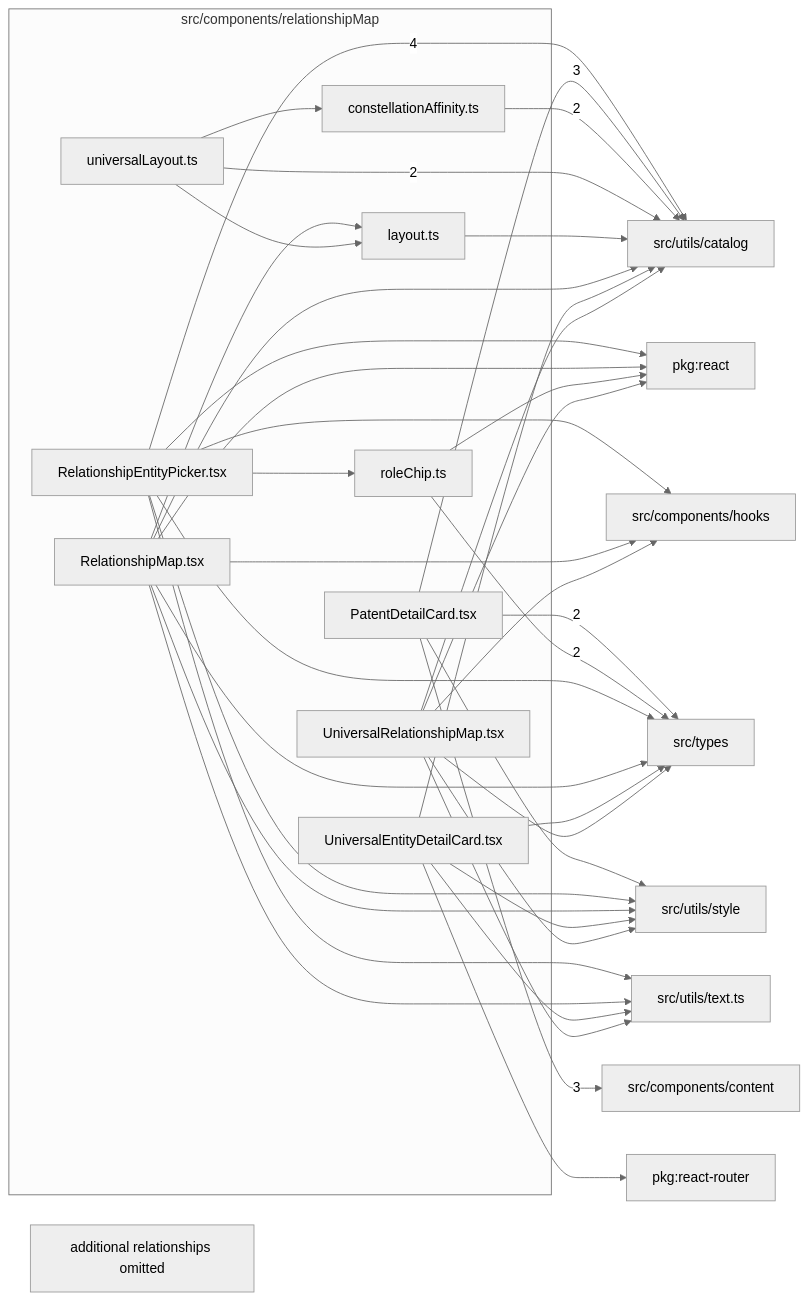
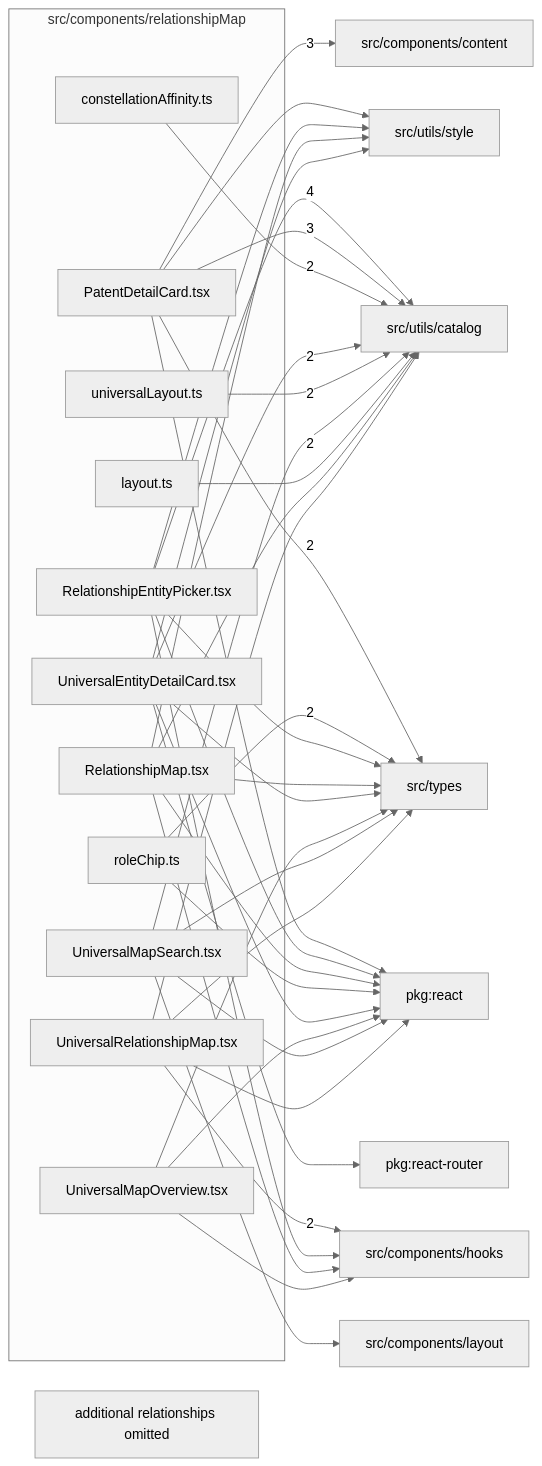
One commit to ronbuening/LensVisualizer changed the diagram in src/components/relationshipMap/readme.md. Above: the diagram before and after it, drawn with Mermaid (neutral theme). The commit also changed other lines of this file and 28 other files, not shown here.

First line of the commit message:
Improve universal relationship map search and navigation (#715)

````diff
--- a/src/components/relationshipMap/readme.md
+++ b/src/components/relationshipMap/readme.md
@@ -9,59 +9,61 @@
 ```mermaid
 flowchart LR
   subgraph n_src_components_relationshipMap["src/components/relationshipMap"]
     n_src_components_relationshipMap_src_components_relationshipMap_constellationAffinity_ts["constellationAffinity.ts"]
     n_src_components_relationshipMap_src_components_relationshipMap_layout_ts["layout.ts"]
     n_src_components_relationshipMap_src_components_relationshipMap_PatentDetailCard_tsx["PatentDetailCard.tsx"]
     n_src_components_relationshipMap_src_components_relationshipMap_RelationshipEntityPicker_tsx["RelationshipEntityPicker.tsx"]
     n_src_components_relationshipMap_src_components_relationshipMap_RelationshipMap_tsx["RelationshipMap.tsx"]
     n_src_components_relationshipMap_src_components_relationshipMap_roleChip_ts["roleChip.ts"]
     n_src_components_relationshipMap_src_components_relationshipMap_UniversalEntityDetailCard_tsx["UniversalEntityDetailCard.tsx"]
     n_src_components_relationshipMap_src_components_relationshipMap_universalLayout_ts["universalLayout.ts"]
+    n_src_components_relationshipMap_src_components_relationshipMap_UniversalMapOverview_tsx["UniversalMapOverview.tsx"]
+    n_src_components_relationshipMap_src_components_relationshipMap_UniversalMapSearch_tsx["UniversalMapSearch.tsx"]
     n_src_components_relationshipMap_src_components_relationshipMap_UniversalRelationshipMap_tsx["UniversalRelationshipMap.tsx"]
   end
   n_external_src_utils_catalog["src/utils/catalog"]
   n_external_src_components_content["src/components/content"]
+  n_external_src_components_hooks["src/components/hooks"]
   n_external_src_types["src/types"]
   n_external_pkg_react["pkg:react"]
   n_external_pkg_react_router["pkg:react-router"]
-  n_external_src_components_hooks["src/components/hooks"]
+  n_external_src_components_layout["src/components/layout"]
   n_external_src_utils_style["src/utils/style"]
-  n_external_src_utils_text_ts["src/utils/text.ts"]
   n_src_components_relationshipMap_src_components_relationshipMap_RelationshipEntityPicker_tsx --> |4| n_external_src_utils_catalog
   n_src_components_relationshipMap_src_components_relationshipMap_PatentDetailCard_tsx --> |3| n_external_src_components_content
   n_src_components_relationshipMap_src_components_relationshipMap_PatentDetailCard_tsx --> |3| n_external_src_utils_catalog
+  n_src_components_relationshipMap_src_components_relationshipMap_UniversalRelationshipMap_tsx --> |2| n_external_src_components_hooks
   n_src_components_relationshipMap_src_components_relationshipMap_PatentDetailCard_tsx --> |2| n_external_src_types
   n_src_components_relationshipMap_src_components_relationshipMap_roleChip_ts --> |2| n_external_src_types
   n_src_components_relationshipMap_src_components_relationshipMap_constellationAffinity_ts --> |2| n_external_src_utils_catalog
+  n_src_components_relationshipMap_src_components_relationshipMap_UniversalEntityDetailCard_tsx --> |2| n_external_src_utils_catalog
   n_src_components_relationshipMap_src_components_relationshipMap_universalLayout_ts --> |2| n_external_src_utils_catalog
+  n_src_components_relationshipMap_src_components_relationshipMap_UniversalMapSearch_tsx --> |2| n_external_src_utils_catalog
+  n_src_components_relationshipMap_src_components_relationshipMap_PatentDetailCard_tsx --> n_external_pkg_react
   n_src_components_relationshipMap_src_components_relationshipMap_RelationshipEntityPicker_tsx --> n_external_pkg_react
   n_src_components_relationshipMap_src_components_relationshipMap_RelationshipMap_tsx --> n_external_pkg_react
   n_src_components_relationshipMap_src_components_relationshipMap_roleChip_ts --> n_external_pkg_react
+  n_src_components_relationshipMap_src_components_relationshipMap_UniversalEntityDetailCard_tsx --> n_external_pkg_react
+  n_src_components_relationshipMap_src_components_relationshipMap_UniversalMapOverview_tsx --> n_external_pkg_react
+  n_src_components_relationshipMap_src_components_relationshipMap_UniversalMapSearch_tsx --> n_external_pkg_react
   n_src_components_relationshipMap_src_components_relationshipMap_UniversalRelationshipMap_tsx --> n_external_pkg_react
   n_src_components_relationshipMap_src_components_relationshipMap_UniversalEntityDetailCard_tsx --> n_external_pkg_react_router
   n_src_components_relationshipMap_src_components_relationshipMap_RelationshipEntityPicker_tsx --> n_external_src_components_hooks
   n_src_components_relationshipMap_src_components_relationshipMap_RelationshipMap_tsx --> n_external_src_components_hooks
-  n_src_components_relationshipMap_src_components_relationshipMap_UniversalRelationshipMap_tsx --> n_external_src_components_hooks
+  n_src_components_relationshipMap_src_components_relationshipMap_UniversalMapOverview_tsx --> n_external_src_components_hooks
+  n_src_components_relationshipMap_src_components_relationshipMap_UniversalMapSearch_tsx --> n_external_src_components_layout
   n_src_components_relationshipMap_src_components_relationshipMap_RelationshipEntityPicker_tsx --> n_external_src_types
   n_src_components_relationshipMap_src_components_relationshipMap_RelationshipMap_tsx --> n_external_src_types
   n_src_components_relationshipMap_src_components_relationshipMap_UniversalEntityDetailCard_tsx --> n_external_src_types
+  n_src_components_relationshipMap_src_components_relationshipMap_UniversalMapOverview_tsx --> n_external_src_types
+  n_src_components_relationshipMap_src_components_relationshipMap_UniversalMapSearch_tsx --> n_external_src_types
   n_src_components_relationshipMap_src_components_relationshipMap_UniversalRelationshipMap_tsx --> n_external_src_types
   n_src_components_relationshipMap_src_components_relationshipMap_layout_ts --> n_external_src_utils_catalog
   n_src_components_relationshipMap_src_components_relationshipMap_RelationshipMap_tsx --> n_external_src_utils_catalog
-  n_src_components_relationshipMap_src_components_relationshipMap_UniversalEntityDetailCard_tsx --> n_external_src_utils_catalog
   n_src_components_relationshipMap_src_components_relationshipMap_UniversalRelationshipMap_tsx --> n_external_src_utils_catalog
   n_src_components_relationshipMap_src_components_relationshipMap_PatentDetailCard_tsx --> n_external_src_utils_style
   n_src_components_relationshipMap_src_components_relationshipMap_RelationshipEntityPicker_tsx --> n_external_src_utils_style
   n_src_components_relationshipMap_src_components_relationshipMap_RelationshipMap_tsx --> n_external_src_utils_style
   n_src_components_relationshipMap_src_components_relationshipMap_UniversalEntityDetailCard_tsx --> n_external_src_utils_style
-  n_src_components_relationshipMap_src_components_relationshipMap_UniversalRelationshipMap_tsx --> n_external_src_utils_style
-  n_src_components_relationshipMap_src_components_relationshipMap_RelationshipEntityPicker_tsx --> n_external_src_utils_text_ts
-  n_src_components_relationshipMap_src_components_relationshipMap_RelationshipMap_tsx --> n_external_src_utils_text_ts
-  n_src_components_relationshipMap_src_components_relationshipMap_UniversalEntityDetailCard_tsx --> n_external_src_utils_text_ts
-  n_src_components_relationshipMap_src_components_relationshipMap_UniversalRelationshipMap_tsx --> n_external_src_utils_text_ts
-  n_src_components_relationshipMap_src_components_relationshipMap_universalLayout_ts --> n_src_components_relationshipMap_src_components_relationshipMap_constellationAffinity_ts
-  n_src_components_relationshipMap_src_components_relationshipMap_RelationshipMap_tsx --> n_src_components_relationshipMap_src_components_relationshipMap_layout_ts
-  n_src_components_relationshipMap_src_components_relationshipMap_universalLayout_ts --> n_src_components_relationshipMap_src_components_relationshipMap_layout_ts
-  n_src_components_relationshipMap_src_components_relationshipMap_RelationshipEntityPicker_tsx --> n_src_components_relationshipMap_src_components_relationshipMap_roleChip_ts
   n_src_components_relationshipMap_truncated["additional relationships omitted"]
 ```
````
